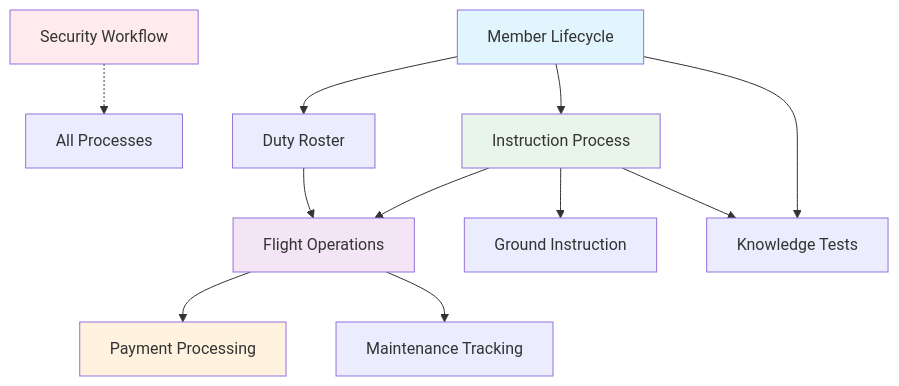
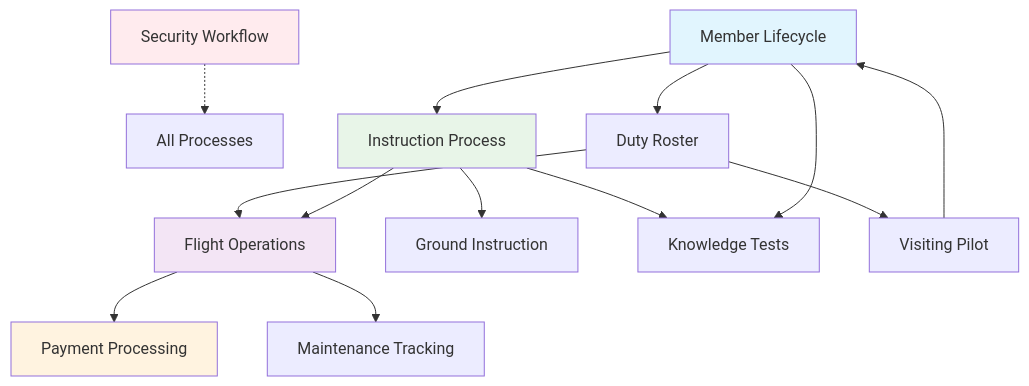
One commit to pietbarber/Manage2Soar changed the diagram in docs/workflows/README.md. Above: the diagram before and after it, drawn with Mermaid. The commit also changed other lines of this file and 3 other files, not shown here.

First line of the commit message:
Update documentation for visiting pilot workflow (Issue #209)

````diff
--- a/docs/workflows/README.md
+++ b/docs/workflows/README.md
@@ -44,19 +45,21 @@
 ```mermaid
 graph TB
     Security[Security Workflow] -.-> All[All Processes]
     Member[Member Lifecycle] --> Duty[Duty Roster]
     Member --> Instruction[Instruction Process]
     Duty --> Logsheet[Flight Operations]
     Instruction --> Logsheet
     Logsheet --> Payment[Payment Processing]
     Logsheet --> Maintenance[Maintenance Tracking]
     Instruction --> Ground[Ground Instruction]
     Instruction --> Knowledge[Knowledge Tests]
     Member --> Knowledge
+    Visiting[Visiting Pilot] --> Member
+    Duty --> Visiting
 
     style Member fill:#e1f5fe
     style Logsheet fill:#f3e5f5
     style Instruction fill:#e8f5e8
     style Payment fill:#fff3e0
     style Security fill:#ffebee
 ```
````
